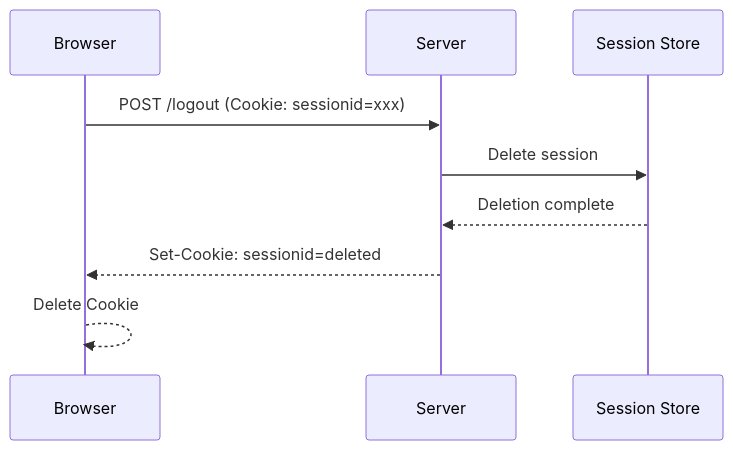
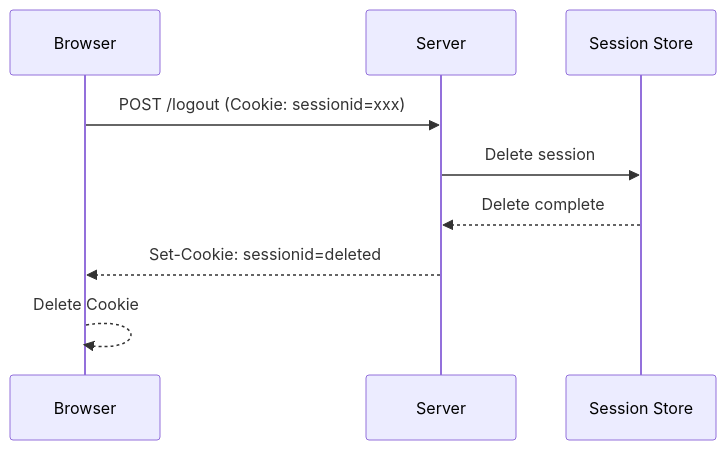
Before and after one commit to bmf-san/bmf-tech: the fourth of 8 diagrams in content/en/posts/session-token-authentication.md, drawn with Mermaid. The commit also changed other lines of this file and 425 other files, not shown here.

````diff
--- a/content/en/posts/session-token-authentication.md
+++ b/content/en/posts/session-token-authentication.md
@@ -172,12 +174,12 @@
 ```mermaid
 sequenceDiagram
     participant B as Browser
     participant S as Server
     participant SS as Session Store
 
     B->>S: POST /logout (Cookie: sessionid=xxx)
     S->>SS: Delete session
-    SS-->>S: Deletion complete
+    SS-->>S: Delete complete
     S-->>B: Set-Cookie: sessionid=deleted
     B-->>B: Delete Cookie
 ```
````
